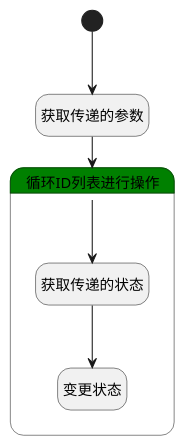
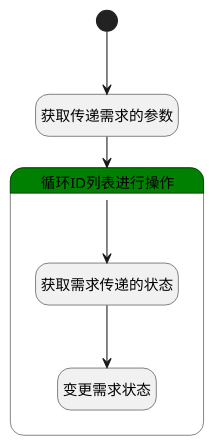
Before and after one commit to iBizLab/plm: the diagram in doc/docsify/module/ProdMgmt/idea/logic/change_state.md, drawn with PlantUML. The commit also changed other lines of this file and 1068 other files, not shown here.

````diff
--- a/doc/docsify/module/ProdMgmt/idea/logic/change_state.md
+++ b/doc/docsify/module/ProdMgmt/idea/logic/change_state.md
@@ -7,26 +7,26 @@
 ```plantuml
 @startuml
 hide empty description
 <style>
 root {
   HyperlinkColor #42b983
 }
 </style>
 
 hide empty description
 state "开始" as Begin <<start>> [[$./change_state#begin {"开始"}]]
-state "获取传递的参数" as BINDPARAM1  [[$./change_state#bindparam1 {"获取传递的参数"}]]
+state "获取传递需求的参数" as BINDPARAM1  [[$./change_state#bindparam1 {"获取传递需求的参数"}]]
 state "循环ID列表进行操作" as LOOPSUBCALL1  [[$./change_state#loopsubcall1 {"循环ID列表进行操作"}]] #green {
-state "获取传递的状态" as PREPAREPARAM2  [[$./change_state#prepareparam2 {"获取传递的状态"}]]
-state "变更状态" as DEACTION1  [[$./change_state#deaction1 {"变更状态"}]]
+state "获取需求传递的状态" as PREPAREPARAM2  [[$./change_state#prepareparam2 {"获取需求传递的状态"}]]
+state "变更需求状态" as DEACTION1  [[$./change_state#deaction1 {"变更需求状态"}]]
 }
 
 
 Begin --> BINDPARAM1
 BINDPARAM1 --> LOOPSUBCALL1
 LOOPSUBCALL1 --> PREPAREPARAM2
 PREPAREPARAM2 --> DEACTION1
 
 
 @enduml
 ```
````
